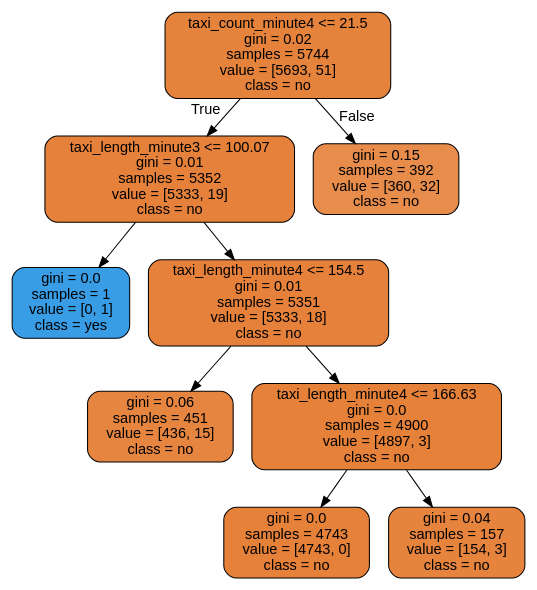
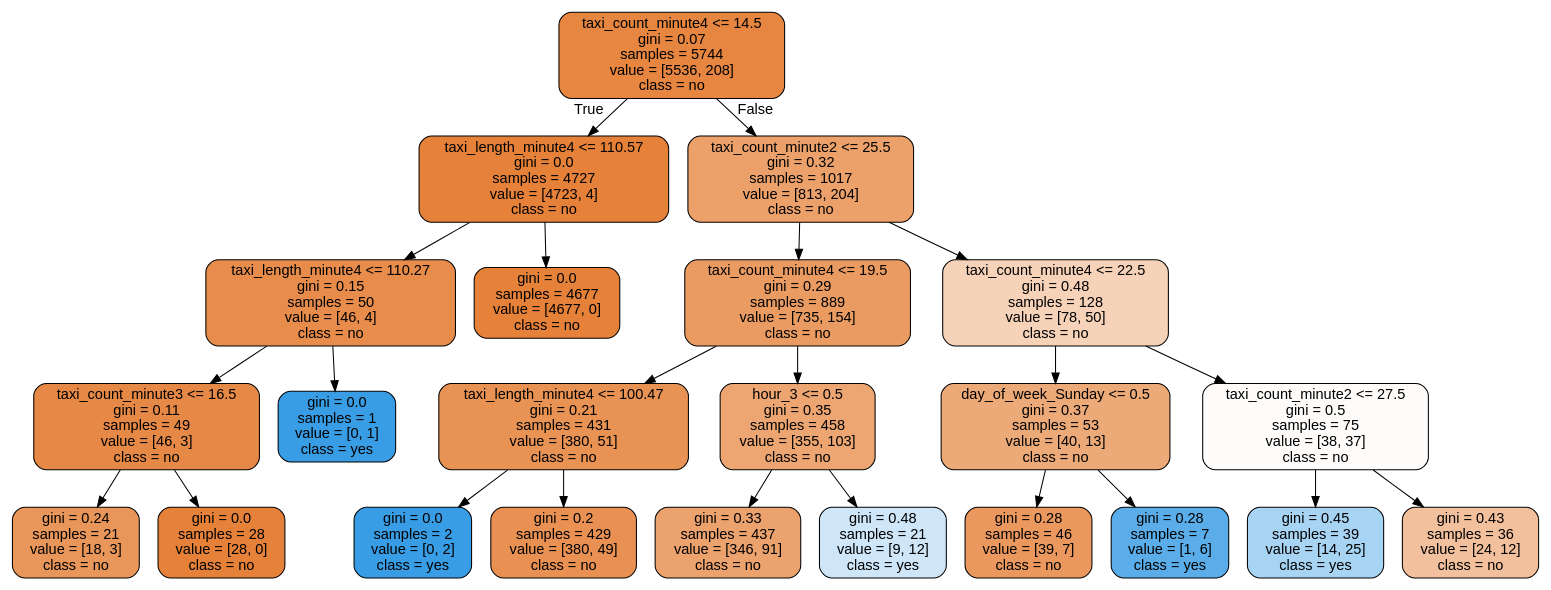
One commit to DungDinhDungDinh/capstone_project changed the diagram in t3_heavy_congestion.dot. Above: the diagram before and after it, drawn with Graphviz. The commit also changed 8 other files, not shown here.

```diff
--- a/t3_heavy_congestion.dot
+++ b/t3_heavy_congestion.dot
@@ -1,21 +1,49 @@
 digraph Tree {
 node [shape=box, style="filled, rounded", color="black", fontname="helvetica"] ;
 edge [fontname="helvetica"] ;
-0 [label="taxi_count_minute4 <= 21.5\ngini = 0.02\nsamples = 5744\nvalue = [5693, 51]\nclass = no", fillcolor="#e5823b"] ;
-1 [label="taxi_length_minute3 <= 100.07\ngini = 0.01\nsamples = 5352\nvalue = [5333, 19]\nclass = no", fillcolor="#e5813a"] ;
+0 [label="taxi_count_minute4 <= 14.5\ngini = 0.07\nsamples = 5744\nvalue = [5536, 208]\nclass = no", fillcolor="#e68640"] ;
+1 [label="taxi_length_minute4 <= 110.57\ngini = 0.0\nsamples = 4727\nvalue = [4723, 4]\nclass = no", fillcolor="#e58139"] ;
 0 -> 1 [labeldistance=2.5, labelangle=45, headlabel="True"] ;
-2 [label="gini = 0.0\nsamples = 1\nvalue = [0, 1]\nclass = yes", fillcolor="#399de5"] ;
+2 [label="taxi_length_minute4 <= 110.27\ngini = 0.15\nsamples = 50\nvalue = [46, 4]\nclass = no", fillcolor="#e78c4a"] ;
 1 -> 2 ;
-3 [label="taxi_length_minute4 <= 154.5\ngini = 0.01\nsamples = 5351\nvalue = [5333, 18]\nclass = no", fillcolor="#e5813a"] ;
-1 -> 3 ;
-4 [label="gini = 0.06\nsamples = 451\nvalue = [436, 15]\nclass = no", fillcolor="#e68540"] ;
+3 [label="taxi_count_minute3 <= 16.5\ngini = 0.11\nsamples = 49\nvalue = [46, 3]\nclass = no", fillcolor="#e78946"] ;
+2 -> 3 ;
+4 [label="gini = 0.24\nsamples = 21\nvalue = [18, 3]\nclass = no", fillcolor="#e9965a"] ;
 3 -> 4 ;
-5 [label="taxi_length_minute4 <= 166.63\ngini = 0.0\nsamples = 4900\nvalue = [4897, 3]\nclass = no", fillcolor="#e58139"] ;
+5 [label="gini = 0.0\nsamples = 28\nvalue = [28, 0]\nclass = no", fillcolor="#e58139"] ;
 3 -> 5 ;
-6 [label="gini = 0.0\nsamples = 4743\nvalue = [4743, 0]\nclass = no", fillcolor="#e58139"] ;
-5 -> 6 ;
-7 [label="gini = 0.04\nsamples = 157\nvalue = [154, 3]\nclass = no", fillcolor="#e6833d"] ;
-5 -> 7 ;
-8 [label="gini = 0.15\nsamples = 392\nvalue = [360, 32]\nclass = no", fillcolor="#e78c4b"] ;
+6 [label="gini = 0.0\nsamples = 1\nvalue = [0, 1]\nclass = yes", fillcolor="#399de5"] ;
+2 -> 6 ;
+7 [label="gini = 0.0\nsamples = 4677\nvalue = [4677, 0]\nclass = no", fillcolor="#e58139"] ;
+1 -> 7 ;
+8 [label="taxi_count_minute2 <= 25.5\ngini = 0.32\nsamples = 1017\nvalue = [813, 204]\nclass = no", fillcolor="#eca16b"] ;
 0 -> 8 [labeldistance=2.5, labelangle=-45, headlabel="False"] ;
+9 [label="taxi_count_minute4 <= 19.5\ngini = 0.29\nsamples = 889\nvalue = [735, 154]\nclass = no", fillcolor="#ea9b62"] ;
+8 -> 9 ;
+10 [label="taxi_length_minute4 <= 100.47\ngini = 0.21\nsamples = 431\nvalue = [380, 51]\nclass = no", fillcolor="#e89254"] ;
+9 -> 10 ;
+11 [label="gini = 0.0\nsamples = 2\nvalue = [0, 2]\nclass = yes", fillcolor="#399de5"] ;
+10 -> 11 ;
+12 [label="gini = 0.2\nsamples = 429\nvalue = [380, 49]\nclass = no", fillcolor="#e89153"] ;
+10 -> 12 ;
+13 [label="hour_3 <= 0.5\ngini = 0.35\nsamples = 458\nvalue = [355, 103]\nclass = no", fillcolor="#eda672"] ;
+9 -> 13 ;
+14 [label="gini = 0.33\nsamples = 437\nvalue = [346, 91]\nclass = no", fillcolor="#eca26d"] ;
+13 -> 14 ;
+15 [label="gini = 0.48\nsamples = 21\nvalue = [9, 12]\nclass = yes", fillcolor="#cee6f8"] ;
+13 -> 15 ;
+16 [label="taxi_count_minute4 <= 22.5\ngini = 0.48\nsamples = 128\nvalue = [78, 50]\nclass = no", fillcolor="#f6d2b8"] ;
+8 -> 16 ;
+17 [label="day_of_week_Sunday <= 0.5\ngini = 0.37\nsamples = 53\nvalue = [40, 13]\nclass = no", fillcolor="#edaa79"] ;
+16 -> 17 ;
+18 [label="gini = 0.28\nsamples = 46\nvalue = [39, 7]\nclass = no", fillcolor="#ea985d"] ;
+17 -> 18 ;
+19 [label="gini = 0.28\nsamples = 7\nvalue = [1, 6]\nclass = yes", fillcolor="#5aade9"] ;
+17 -> 19 ;
+20 [label="taxi_count_minute2 <= 27.5\ngini = 0.5\nsamples = 75\nvalue = [38, 37]\nclass = no", fillcolor="#fefcfa"] ;
+16 -> 20 ;
+21 [label="gini = 0.45\nsamples = 39\nvalue = [14, 25]\nclass = yes", fillcolor="#a8d4f4"] ;
+20 -> 21 ;
+22 [label="gini = 0.43\nsamples = 36\nvalue = [24, 12]\nclass = no", fillcolor="#f2c09c"] ;
+20 -> 22 ;
 }
```
